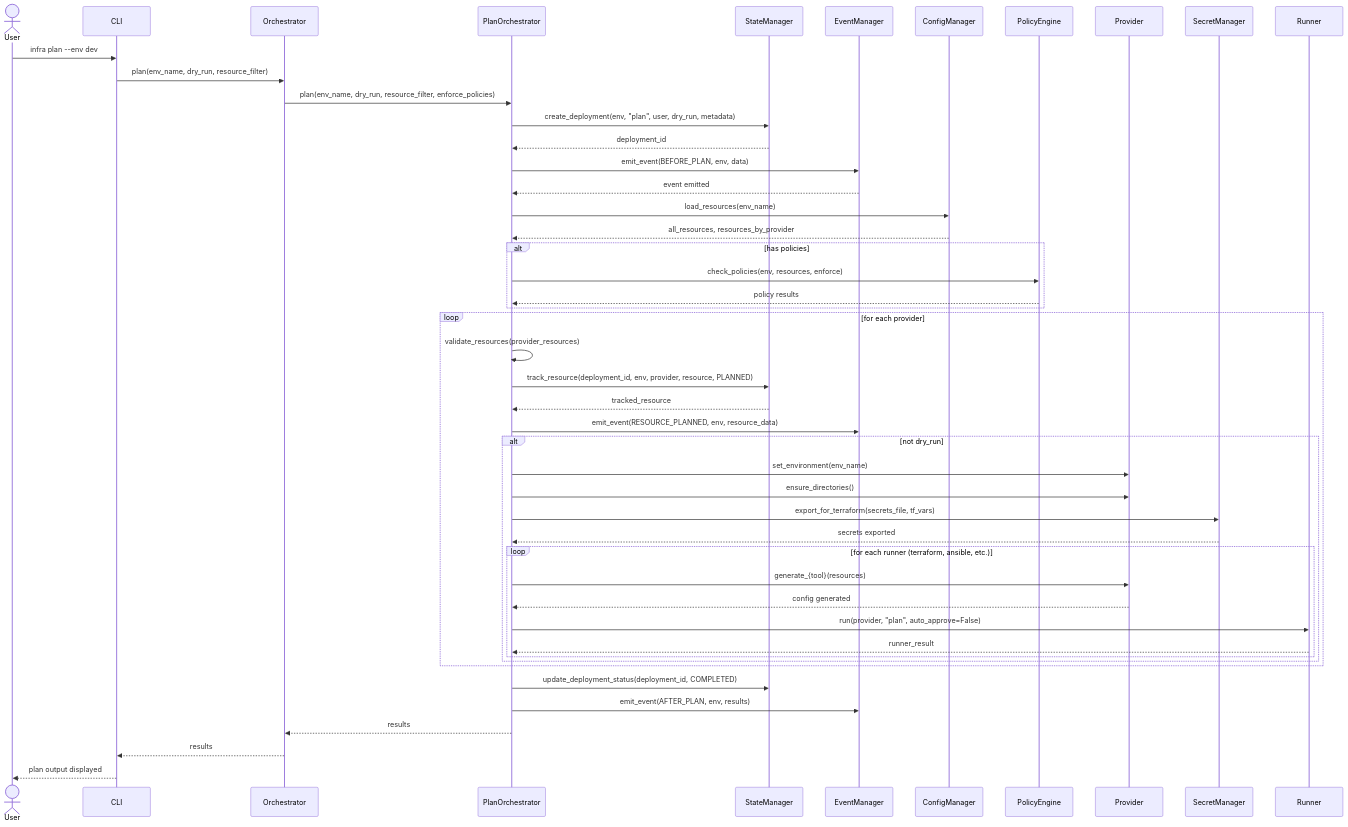
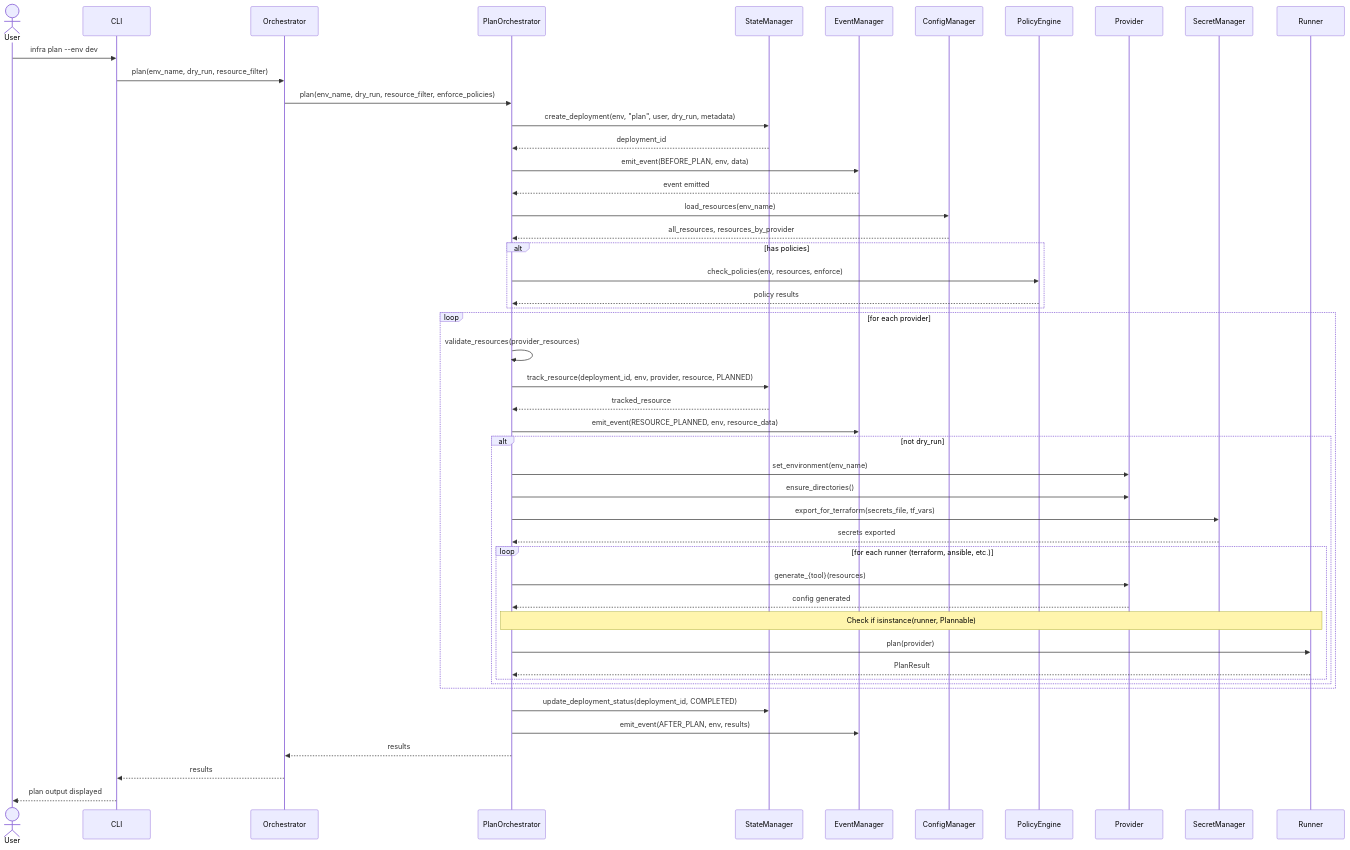
The first of 3 diagrams in docs/architecture/orchestrator-architecture.md (endavis/infrafoundry), drawn with Mermaid before and after one commit. The commit also changed other lines of this file and 39 other files, not shown here.

First line of the commit message:
docs: update documentation for protocol-based architecture and add Pulumi runner guide

````diff
--- a/docs/architecture/orchestrator-architecture.md
+++ b/docs/architecture/orchestrator-architecture.md
@@ -54,64 +54,65 @@
 ```mermaid
 sequenceDiagram
     actor User
     participant CLI
     participant Orchestrator
     participant PlanOrchestrator
     participant StateManager
     participant EventManager
     participant ConfigManager
     participant PolicyEngine
     participant Provider
     participant SecretManager
     participant Runner
 
     User->>CLI: infra plan --env dev
     CLI->>Orchestrator: plan(env_name, dry_run, resource_filter)
     Orchestrator->>PlanOrchestrator: plan(env_name, dry_run, resource_filter, enforce_policies)
 
     PlanOrchestrator->>StateManager: create_deployment(env, "plan", user, dry_run, metadata)
     StateManager-->>PlanOrchestrator: deployment_id
 
     PlanOrchestrator->>EventManager: emit_event(BEFORE_PLAN, env, data)
     EventManager-->>PlanOrchestrator: event emitted
 
     PlanOrchestrator->>ConfigManager: load_resources(env_name)
     ConfigManager-->>PlanOrchestrator: all_resources, resources_by_provider
 
     alt has policies
         PlanOrchestrator->>PolicyEngine: check_policies(env, resources, enforce)
         PolicyEngine-->>PlanOrchestrator: policy results
     end
 
     loop for each provider
         PlanOrchestrator->>PlanOrchestrator: validate_resources(provider_resources)
 
         PlanOrchestrator->>StateManager: track_resource(deployment_id, env, provider, resource, PLANNED)
         StateManager-->>PlanOrchestrator: tracked_resource
 
         PlanOrchestrator->>EventManager: emit_event(RESOURCE_PLANNED, env, resource_data)
 
         alt not dry_run
             PlanOrchestrator->>Provider: set_environment(env_name)
             PlanOrchestrator->>Provider: ensure_directories()
 
             PlanOrchestrator->>SecretManager: export_for_terraform(secrets_file, tf_vars)
             SecretManager-->>PlanOrchestrator: secrets exported
 
             loop for each runner (terraform, ansible, etc.)
                 PlanOrchestrator->>Provider: generate_{tool}(resources)
                 Provider-->>PlanOrchestrator: config generated
 
-                PlanOrchestrator->>Runner: run(provider, "plan", auto_approve=False)
-                Runner-->>PlanOrchestrator: runner_result
+                Note over PlanOrchestrator,Runner: Check if isinstance(runner, Plannable)
+                PlanOrchestrator->>Runner: plan(provider)
+                Runner-->>PlanOrchestrator: PlanResult
             end
         end
     end
 
     PlanOrchestrator->>StateManager: update_deployment_status(deployment_id, COMPLETED)
     PlanOrchestrator->>EventManager: emit_event(AFTER_PLAN, env, results)
 
     PlanOrchestrator-->>Orchestrator: results
     Orchestrator-->>CLI: results
     CLI-->>User: plan output displayed
 ```
````
